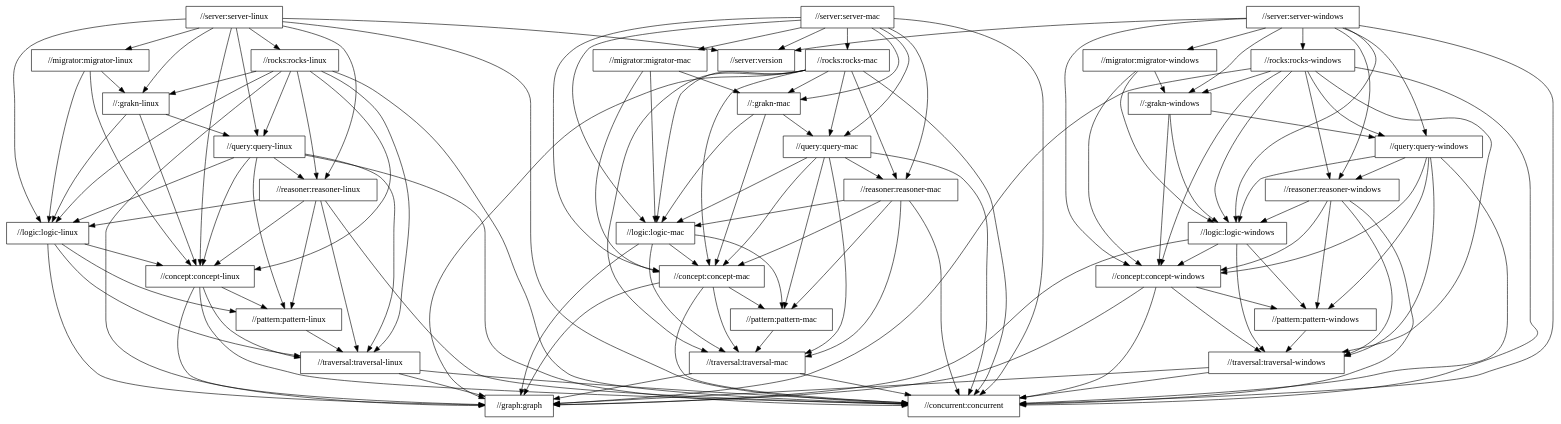
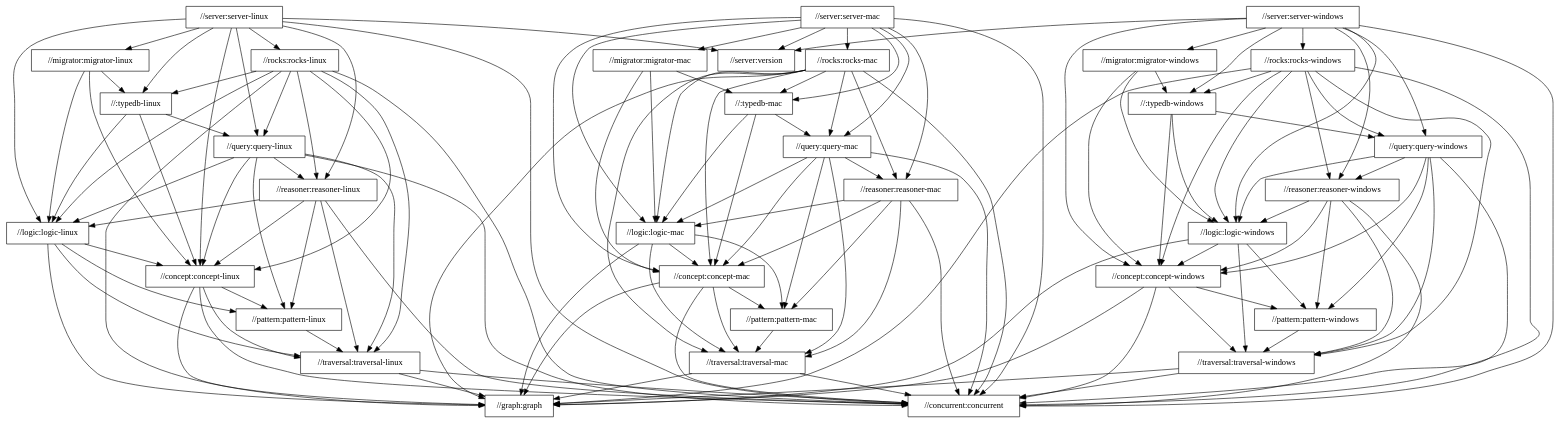
Before and after one commit to typedb/typedb: the diagram in docs/package-structure.dot, drawn with Graphviz. The commit also changed 446 other files, not shown here.

```diff
--- a/docs/package-structure.dot
+++ b/docs/package-structure.dot
@@ -1,171 +1,171 @@
 digraph mygraph {
   node [shape=box];
   "//server:server-windows"
-  "//server:server-windows" -> "//:grakn-windows"
+  "//server:server-windows" -> "//:typedb-windows"
   "//server:server-windows" -> "//server:version"
   "//server:server-windows" -> "//concept:concept-windows"
   "//server:server-windows" -> "//concurrent:concurrent"
   "//server:server-windows" -> "//logic:logic-windows"
   "//server:server-windows" -> "//migrator:migrator-windows"
   "//server:server-windows" -> "//query:query-windows"
   "//server:server-windows" -> "//reasoner:reasoner-windows"
   "//server:server-windows" -> "//rocks:rocks-windows"
   "//rocks:rocks-windows"
-  "//rocks:rocks-windows" -> "//:grakn-windows"
+  "//rocks:rocks-windows" -> "//:typedb-windows"
   "//rocks:rocks-windows" -> "//traversal:traversal-windows"
   "//rocks:rocks-windows" -> "//concept:concept-windows"
   "//rocks:rocks-windows" -> "//concurrent:concurrent"
   "//rocks:rocks-windows" -> "//graph:graph"
   "//rocks:rocks-windows" -> "//logic:logic-windows"
   "//rocks:rocks-windows" -> "//query:query-windows"
   "//rocks:rocks-windows" -> "//reasoner:reasoner-windows"
   "//migrator:migrator-windows"
-  "//migrator:migrator-windows" -> "//:grakn-windows"
+  "//migrator:migrator-windows" -> "//:typedb-windows"
   "//migrator:migrator-windows" -> "//concept:concept-windows"
   "//migrator:migrator-windows" -> "//logic:logic-windows"
-  "//:grakn-windows"
-  "//:grakn-windows" -> "//concept:concept-windows"
-  "//:grakn-windows" -> "//logic:logic-windows"
-  "//:grakn-windows" -> "//query:query-windows"
+  "//:typedb-windows"
+  "//:typedb-windows" -> "//concept:concept-windows"
+  "//:typedb-windows" -> "//logic:logic-windows"
+  "//:typedb-windows" -> "//query:query-windows"
   "//query:query-windows"
   "//query:query-windows" -> "//traversal:traversal-windows"
   "//query:query-windows" -> "//concept:concept-windows"
   "//query:query-windows" -> "//concurrent:concurrent"
   "//query:query-windows" -> "//logic:logic-windows"
   "//query:query-windows" -> "//pattern:pattern-windows"
   "//query:query-windows" -> "//reasoner:reasoner-windows"
   "//reasoner:reasoner-windows"
   "//reasoner:reasoner-windows" -> "//concept:concept-windows"
   "//reasoner:reasoner-windows" -> "//concurrent:concurrent"
   "//reasoner:reasoner-windows" -> "//logic:logic-windows"
   "//reasoner:reasoner-windows" -> "//pattern:pattern-windows"
   "//reasoner:reasoner-windows" -> "//traversal:traversal-windows"
   "//logic:logic-windows"
   "//logic:logic-windows" -> "//concept:concept-windows"
   "//logic:logic-windows" -> "//graph:graph"
   "//logic:logic-windows" -> "//pattern:pattern-windows"
   "//logic:logic-windows" -> "//traversal:traversal-windows"
   "//server:server-linux"
-  "//server:server-linux" -> "//:grakn-linux"
+  "//server:server-linux" -> "//:typedb-linux"
   "//server:server-linux" -> "//server:version"
   "//server:server-linux" -> "//concept:concept-linux"
   "//server:server-linux" -> "//concurrent:concurrent"
   "//server:server-linux" -> "//logic:logic-linux"
   "//server:server-linux" -> "//migrator:migrator-linux"
   "//server:server-linux" -> "//query:query-linux"
   "//server:server-linux" -> "//reasoner:reasoner-linux"
   "//server:server-linux" -> "//rocks:rocks-linux"
   "//rocks:rocks-linux"
-  "//rocks:rocks-linux" -> "//:grakn-linux"
+  "//rocks:rocks-linux" -> "//:typedb-linux"
   "//rocks:rocks-linux" -> "//traversal:traversal-linux"
   "//rocks:rocks-linux" -> "//concept:concept-linux"
   "//rocks:rocks-linux" -> "//concurrent:concurrent"
   "//rocks:rocks-linux" -> "//graph:graph"
   "//rocks:rocks-linux" -> "//logic:logic-linux"
   "//rocks:rocks-linux" -> "//query:query-linux"
   "//rocks:rocks-linux" -> "//reasoner:reasoner-linux"
   "//migrator:migrator-linux"
-  "//migrator:migrator-linux" -> "//:grakn-linux"
+  "//migrator:migrator-linux" -> "//:typedb-linux"
   "//migrator:migrator-linux" -> "//concept:concept-linux"
   "//migrator:migrator-linux" -> "//logic:logic-linux"
-  "//:grakn-linux"
-  "//:grakn-linux" -> "//concept:concept-linux"
-  "//:grakn-linux" -> "//logic:logic-linux"
-  "//:grakn-linux" -> "//query:query-linux"
+  "//:typedb-linux"
+  "//:typedb-linux" -> "//concept:concept-linux"
+  "//:typedb-linux" -> "//logic:logic-linux"
+  "//:typedb-linux" -> "//query:query-linux"
   "//server:server-mac"
-  "//server:server-mac" -> "//:grakn-mac"
+  "//server:server-mac" -> "//:typedb-mac"
   "//server:server-mac" -> "//server:version"
   "//server:server-mac" -> "//concept:concept-mac"
   "//server:server-mac" -> "//concurrent:concurrent"
   "//server:server-mac" -> "//logic:logic-mac"
   "//server:server-mac" -> "//migrator:migrator-mac"
   "//server:server-mac" -> "//query:query-mac"
   "//server:server-mac" -> "//reasoner:reasoner-mac"
   "//server:server-mac" -> "//rocks:rocks-mac"
   "//rocks:rocks-mac"
-  "//rocks:rocks-mac" -> "//:grakn-mac"
+  "//rocks:rocks-mac" -> "//:typedb-mac"
   "//rocks:rocks-mac" -> "//traversal:traversal-mac"
   "//rocks:rocks-mac" -> "//concept:concept-mac"
   "//rocks:rocks-mac" -> "//concurrent:concurrent"
   "//rocks:rocks-mac" -> "//graph:graph"
   "//rocks:rocks-mac" -> "//logic:logic-mac"
   "//rocks:rocks-mac" -> "//query:query-mac"
   "//rocks:rocks-mac" -> "//reasoner:reasoner-mac"
   "//migrator:migrator-mac"
-  "//migrator:migrator-mac" -> "//:grakn-mac"
+  "//migrator:migrator-mac" -> "//:typedb-mac"
   "//migrator:migrator-mac" -> "//concept:concept-mac"
   "//migrator:migrator-mac" -> "//logic:logic-mac"
   "//server:version"
-  "//:grakn-mac"
-  "//:grakn-mac" -> "//concept:concept-mac"
-  "//:grakn-mac" -> "//logic:logic-mac"
-  "//:grakn-mac" -> "//query:query-mac"
+  "//:typedb-mac"
+  "//:typedb-mac" -> "//concept:concept-mac"
+  "//:typedb-mac" -> "//logic:logic-mac"
+  "//:typedb-mac" -> "//query:query-mac"
   "//concept:concept-windows"
   "//concept:concept-windows" -> "//concurrent:concurrent"
   "//concept:concept-windows" -> "//graph:graph"
   "//concept:concept-windows" -> "//pattern:pattern-windows"
   "//concept:concept-windows" -> "//traversal:traversal-windows"
   "//pattern:pattern-windows"
   "//pattern:pattern-windows" -> "//traversal:traversal-windows"
   "//traversal:traversal-windows"
   "//traversal:traversal-windows" -> "//concurrent:concurrent"
   "//traversal:traversal-windows" -> "//graph:graph"
   "//query:query-linux"
   "//query:query-linux" -> "//traversal:traversal-linux"
   "//query:query-linux" -> "//concept:concept-linux"
   "//query:query-linux" -> "//concurrent:concurrent"
   "//query:query-linux" -> "//logic:logic-linux"
   "//query:query-linux" -> "//pattern:pattern-linux"
   "//query:query-linux" -> "//reasoner:reasoner-linux"
   "//reasoner:reasoner-linux"
   "//reasoner:reasoner-linux" -> "//concept:concept-linux"
   "//reasoner:reasoner-linux" -> "//concurrent:concurrent"
   "//reasoner:reasoner-linux" -> "//logic:logic-linux"
   "//reasoner:reasoner-linux" -> "//pattern:pattern-linux"
   "//reasoner:reasoner-linux" -> "//traversal:traversal-linux"
   "//logic:logic-linux"
   "//logic:logic-linux" -> "//concept:concept-linux"
   "//logic:logic-linux" -> "//graph:graph"
   "//logic:logic-linux" -> "//pattern:pattern-linux"
   "//logic:logic-linux" -> "//traversal:traversal-linux"
   "//concept:concept-linux"
   "//concept:concept-linux" -> "//concurrent:concurrent"
   "//concept:concept-linux" -> "//graph:graph"
   "//concept:concept-linux" -> "//pattern:pattern-linux"
   "//concept:concept-linux" -> "//traversal:traversal-linux"
   "//pattern:pattern-linux"
   "//pattern:pattern-linux" -> "//traversal:traversal-linux"
   "//traversal:traversal-linux"
   "//traversal:traversal-linux" -> "//concurrent:concurrent"
   "//traversal:traversal-linux" -> "//graph:graph"
   "//query:query-mac"
   "//query:query-mac" -> "//traversal:traversal-mac"
   "//query:query-mac" -> "//concept:concept-mac"
   "//query:query-mac" -> "//concurrent:concurrent"
   "//query:query-mac" -> "//logic:logic-mac"
   "//query:query-mac" -> "//pattern:pattern-mac"
   "//query:query-mac" -> "//reasoner:reasoner-mac"
   "//reasoner:reasoner-mac"
   "//reasoner:reasoner-mac" -> "//concept:concept-mac"
   "//reasoner:reasoner-mac" -> "//concurrent:concurrent"
   "//reasoner:reasoner-mac" -> "//logic:logic-mac"
   "//reasoner:reasoner-mac" -> "//pattern:pattern-mac"
   "//reasoner:reasoner-mac" -> "//traversal:traversal-mac"
   "//logic:logic-mac"
   "//logic:logic-mac" -> "//concept:concept-mac"
   "//logic:logic-mac" -> "//graph:graph"
   "//logic:logic-mac" -> "//pattern:pattern-mac"
   "//logic:logic-mac" -> "//traversal:traversal-mac"
   "//concept:concept-mac"
   "//concept:concept-mac" -> "//concurrent:concurrent"
   "//concept:concept-mac" -> "//graph:graph"
   "//concept:concept-mac" -> "//pattern:pattern-mac"
   "//concept:concept-mac" -> "//traversal:traversal-mac"
   "//pattern:pattern-mac"
   "//pattern:pattern-mac" -> "//traversal:traversal-mac"
   "//traversal:traversal-mac"
   "//traversal:traversal-mac" -> "//concurrent:concurrent"
   "//traversal:traversal-mac" -> "//graph:graph"
   "//graph:graph"
   "//concurrent:concurrent"
 }
```
